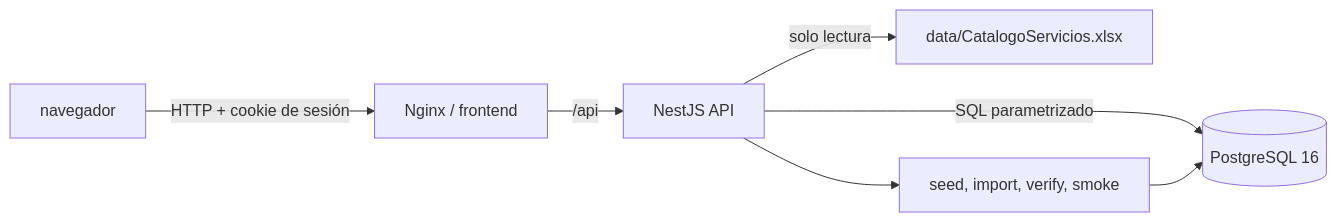
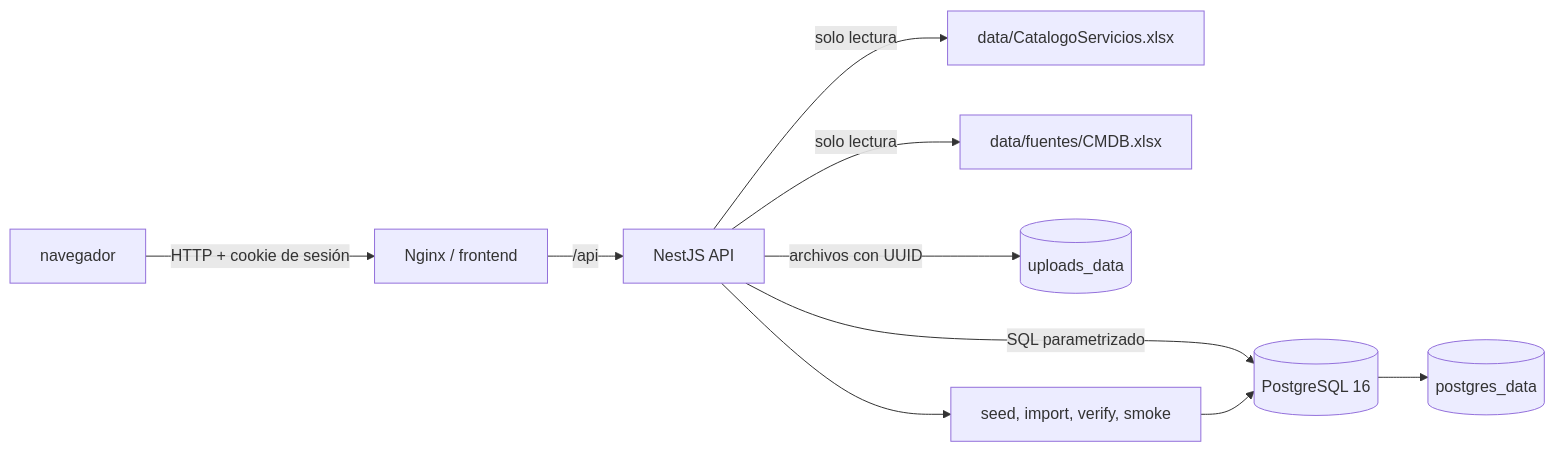
Before and after one commit to DavidVelasquez77/parcial-catalogo-servicios-202307705: the first of 2 diagrams in docs/RESOLUCION.md, drawn with Mermaid. The commit also changed other lines of this file and 7 other files, not shown here.

```diff
--- a/docs/RESOLUCION.md
+++ b/docs/RESOLUCION.md
@@ -80,9 +80,12 @@
 ~~~mermaid
 flowchart LR
     B[ navegador ] -->|HTTP + cookie de sesión| W[Nginx / frontend]
     W -->|/api| A[NestJS API]
     A -->|SQL parametrizado| D[(PostgreSQL 16)]
     A -->|solo lectura| X[data/CatalogoServicios.xlsx]
+    A -->|solo lectura| C[data/fuentes/CMDB.xlsx]
+    A -->|archivos con UUID| U[(uploads_data)]
+    D --> P[(postgres_data)]
     A --> V[seed, import, verify, smoke]
     V --> D
 ~~~
```
